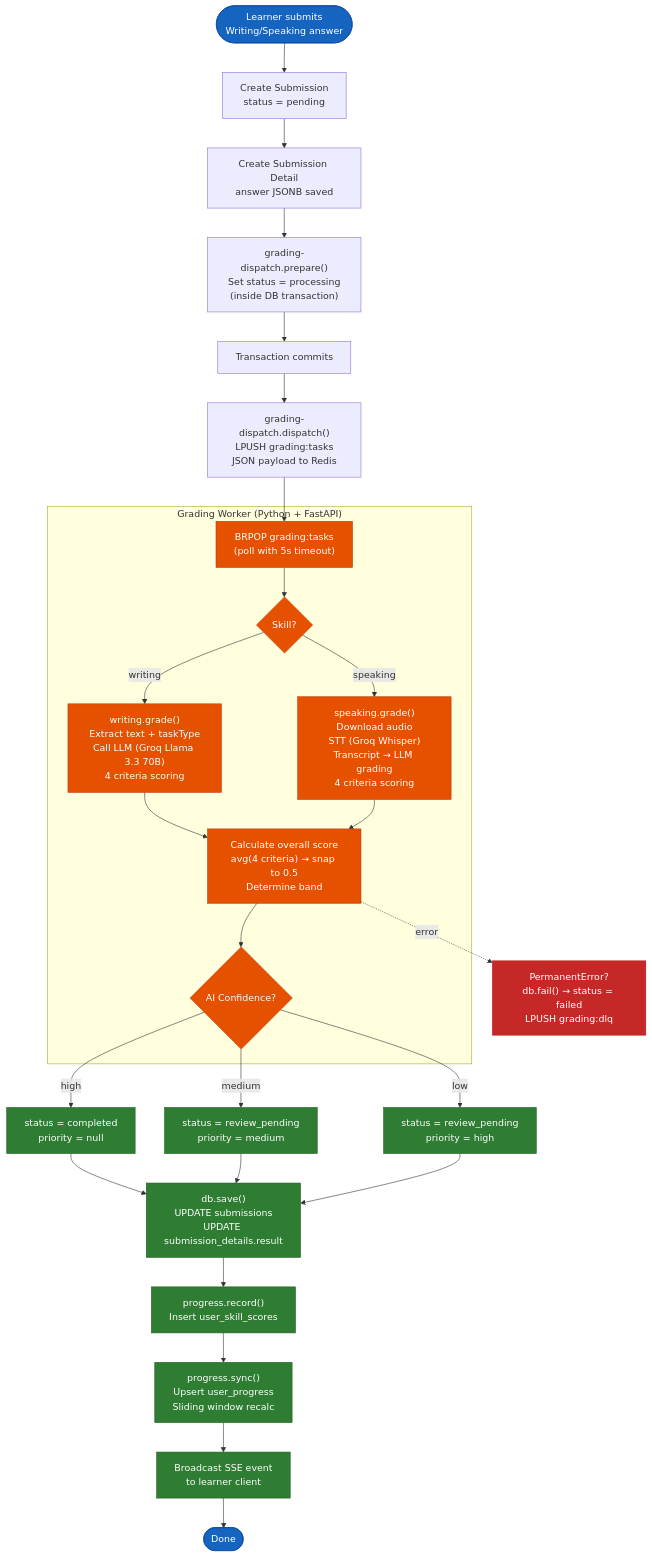
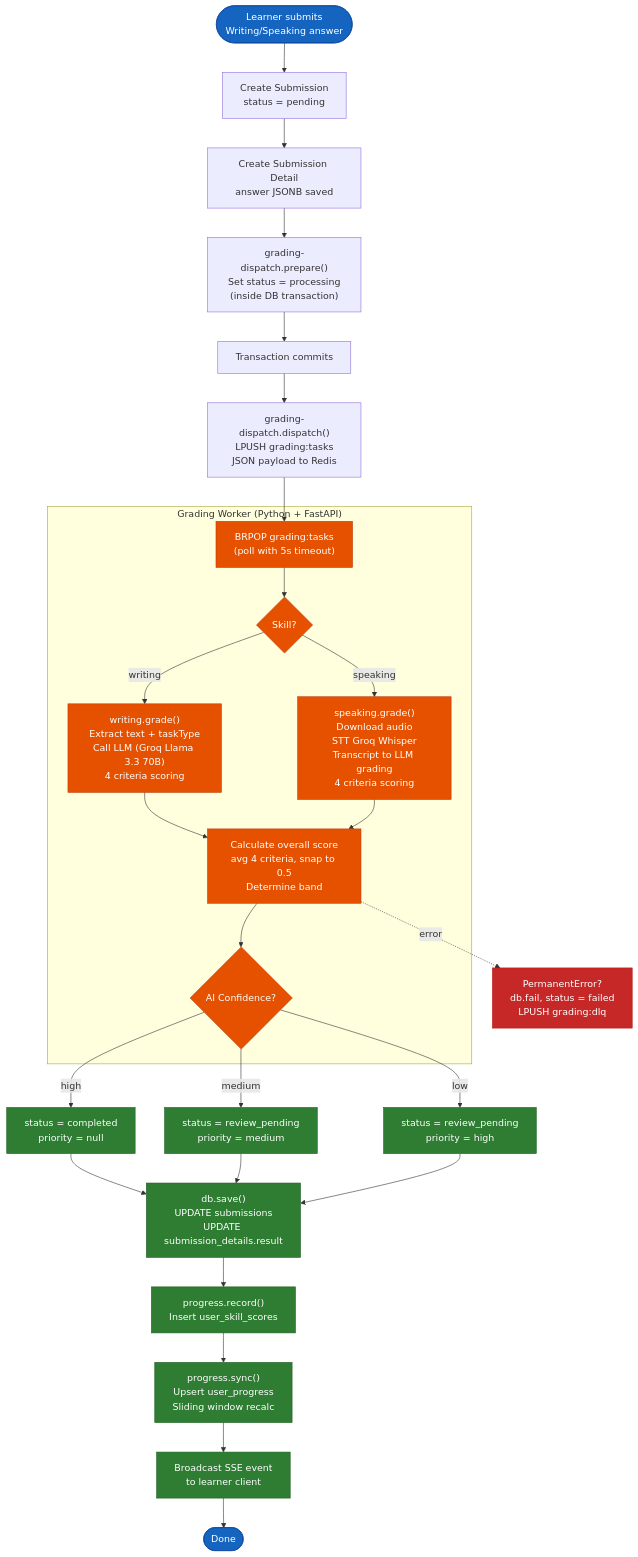
One commit to nghyane/VSTEP changed the ninth of 13 diagrams in docs/capstone/reports/ENG/report3-software-requirement-specification.md. Above: the diagram before and after it, drawn with Mermaid. The commit also changed other lines of this file, not shown here.

First line of the commit message:
docs: fix Mermaid GitHub rendering — reserved words and unicode symbols

````diff
--- a/docs/capstone/reports/ENG/report3-software-requirement-specification.md
+++ b/docs/capstone/reports/ENG/report3-software-requirement-specification.md
@@ -1154,58 +1154,58 @@
 ```mermaid
 flowchart TB
     Start(["Learner submits\nWriting/Speaking answer"])
 
     CreateSub["Create Submission\nstatus = pending"]
     CreateDetail["Create Submission Detail\nanswer JSONB saved"]
     Prepare["grading-dispatch.prepare()\nSet status = processing\n(inside DB transaction)"]
     Commit["Transaction commits"]
     Dispatch["grading-dispatch.dispatch()\nLPUSH grading:tasks\nJSON payload to Redis"]
 
     subgraph GradingWorker ["Grading Worker (Python + FastAPI)"]
         Dequeue["BRPOP grading:tasks\n(poll with 5s timeout)"]
         Route{"Skill?"}
         Writing["writing.grade()\nExtract text + taskType\nCall LLM (Groq Llama 3.3 70B)\n4 criteria scoring"]
-        Speaking["speaking.grade()\nDownload audio\nSTT (Groq Whisper)\nTranscript → LLM grading\n4 criteria scoring"]
-        CalcScore["Calculate overall score\navg(4 criteria) → snap to 0.5\nDetermine band"]
+        Speaking["speaking.grade()\nDownload audio\nSTT Groq Whisper\nTranscript to LLM grading\n4 criteria scoring"]
+        CalcScore["Calculate overall score\navg 4 criteria, snap to 0.5\nDetermine band"]
         Confidence{"AI Confidence?"}
     end
 
     HighConf["status = completed\npriority = null"]
     MedConf["status = review_pending\npriority = medium"]
     LowConf["status = review_pending\npriority = high"]
 
     SaveResult["db.save()\nUPDATE submissions\nUPDATE submission_details.result"]
     RecordProgress["progress.record()\nInsert user_skill_scores"]
     SyncProgress["progress.sync()\nUpsert user_progress\nSliding window recalc"]
     SSE["Broadcast SSE event\nto learner client"]
     End(["Done"])
 
-    ErrorPath["PermanentError?\ndb.fail() → status = failed\nLPUSH grading:dlq"]
+    ErrorPath["PermanentError?\ndb.fail, status = failed\nLPUSH grading:dlq"]
 
     Start --> CreateSub --> CreateDetail --> Prepare --> Commit --> Dispatch
     Dispatch --> Dequeue --> Route
     Route -->|"writing"| Writing
     Route -->|"speaking"| Speaking
     Writing --> CalcScore
     Speaking --> CalcScore
     CalcScore --> Confidence
     Confidence -->|"high"| HighConf
     Confidence -->|"medium"| MedConf
     Confidence -->|"low"| LowConf
     HighConf --> SaveResult
     MedConf --> SaveResult
     LowConf --> SaveResult
     SaveResult --> RecordProgress --> SyncProgress --> SSE --> End
 
     CalcScore -.->|"error"| ErrorPath
 
     classDef start fill:#1565c0,stroke:#0d47a1,color:#fff
     classDef worker fill:#e65100,stroke:#bf360c,color:#fff
     classDef result fill:#2e7d32,stroke:#1b5e20,color:#fff
     classDef error fill:#c62828,stroke:#b71c1c,color:#fff
 
     class Start,End start
     class Dequeue,Route,Writing,Speaking,CalcScore,Confidence worker
     class HighConf,MedConf,LowConf,SaveResult,RecordProgress,SyncProgress,SSE result
     class ErrorPath error
 ```
````
